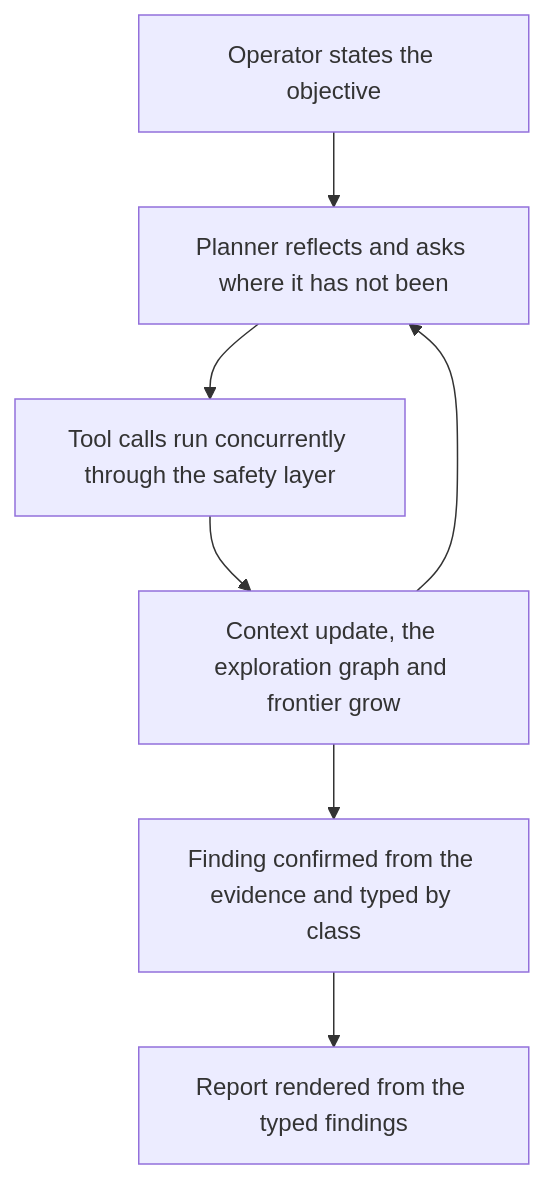
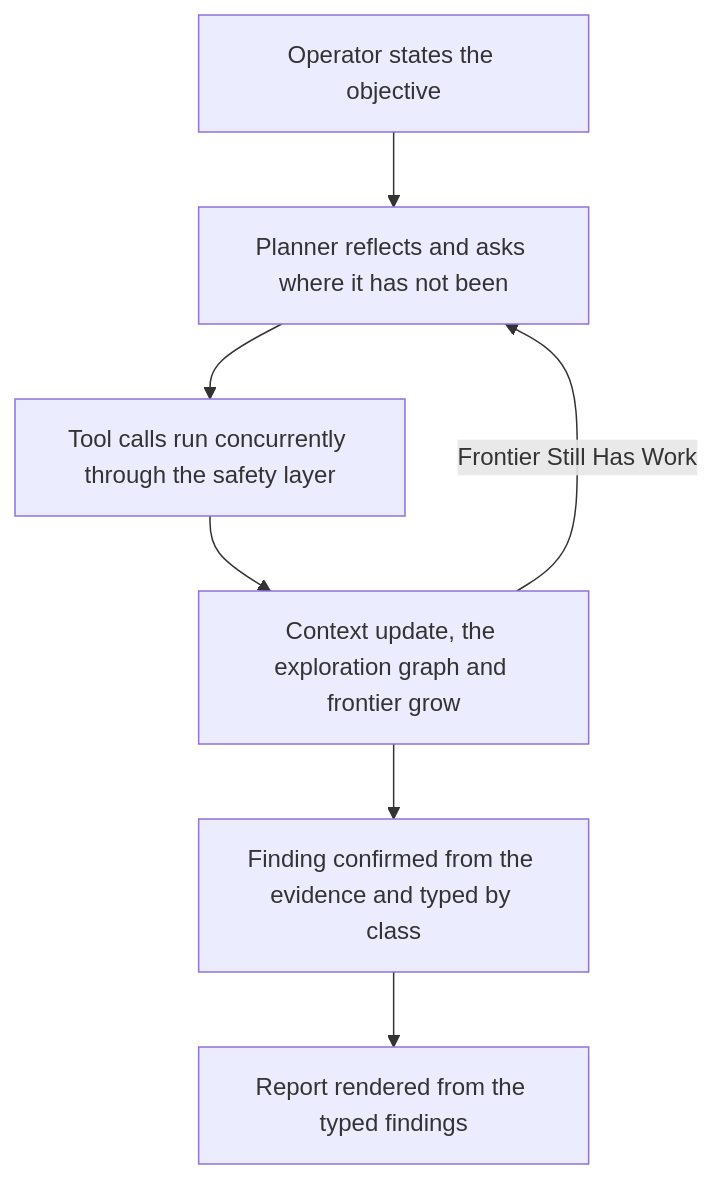
The third of 3 diagrams in ARTICLE.md (catownsley/ariadne), drawn with Mermaid before and after one commit. The commit also changed other lines of this file and 3 other files, not shown here.

Commit message:
Render the diagram images with mermaid to match the GitHub diagrams, align article labels

````diff
--- a/ARTICLE.md
+++ b/ARTICLE.md
@@ -65,9 +65,9 @@
 ```mermaid
 flowchart TD
     O[Operator states the objective] --> P[Planner reflects and asks where it has not been]
     P --> T[Tool calls run concurrently through the safety layer]
     T --> U[Context update, the exploration graph and frontier grow]
-    U --> P
+    U -->|Frontier Still Has Work| P
     U --> F[Finding confirmed from the evidence and typed by class]
     F --> R[Report rendered from the typed findings]
 ```
````
